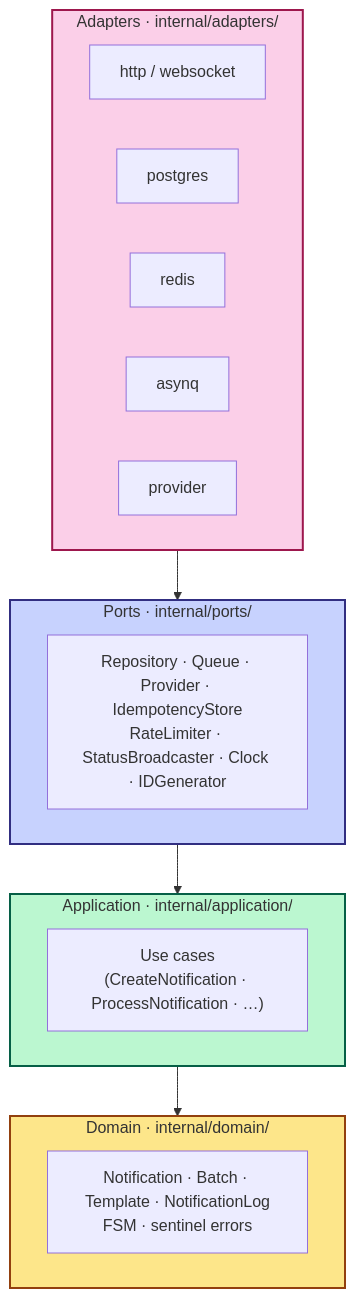
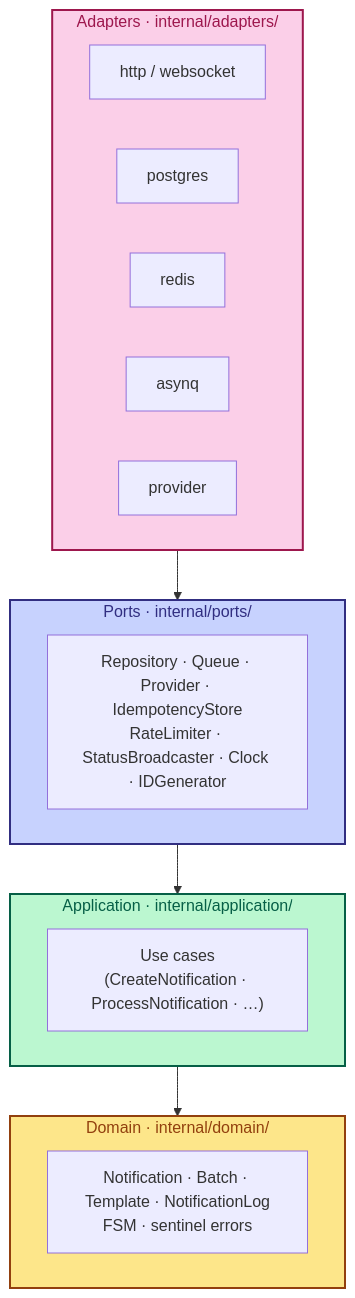
The first of 3 diagrams in README.md (afbora/event-driven-notification), drawn with Mermaid before and after one commit. The commit also changed other lines of this file, not shown here.

First line of the commit message:
docs(readme): add status, testing, repo layout, limitations sections + fix mermaid title contrast

````diff
--- a/README.md
+++ b/README.md
@@ -106,34 +192,34 @@
 ```mermaid
 flowchart TB
   subgraph adapters["Adapters · internal/adapters/"]
     http["http / websocket"]
     pg["postgres"]
     redis["redis"]
     asynq["asynq"]
     provider["provider"]
   end
   subgraph ports["Ports · internal/ports/"]
     direction LR
     portsList["Repository · Queue · Provider · IdempotencyStore<br/>RateLimiter · StatusBroadcaster · Clock · IDGenerator"]
   end
   subgraph app["Application · internal/application/"]
     usecases["Use cases<br/>(CreateNotification · ProcessNotification · …)"]
   end
   subgraph domain["Domain · internal/domain/"]
     entities["Notification · Batch · Template · NotificationLog<br/>FSM · sentinel errors"]
   end
 
   adapters --> ports
   ports    --> app
   app      --> domain
 
-  classDef domainStyle fill:#fde68a,stroke:#92400e,stroke-width:2px
-  classDef appStyle    fill:#bbf7d0,stroke:#065f46,stroke-width:2px
-  classDef portsStyle  fill:#c7d2fe,stroke:#312e81,stroke-width:2px
-  classDef adaptStyle  fill:#fbcfe8,stroke:#9d174d,stroke-width:2px
+  classDef domainStyle fill:#fde68a,stroke:#92400e,stroke-width:2px,color:#92400e
+  classDef appStyle    fill:#bbf7d0,stroke:#065f46,stroke-width:2px,color:#065f46
+  classDef portsStyle  fill:#c7d2fe,stroke:#312e81,stroke-width:2px,color:#312e81
+  classDef adaptStyle  fill:#fbcfe8,stroke:#9d174d,stroke-width:2px,color:#9d174d
 
   class domain domainStyle
   class app appStyle
   class ports portsStyle
   class adapters adaptStyle
 ```
````
